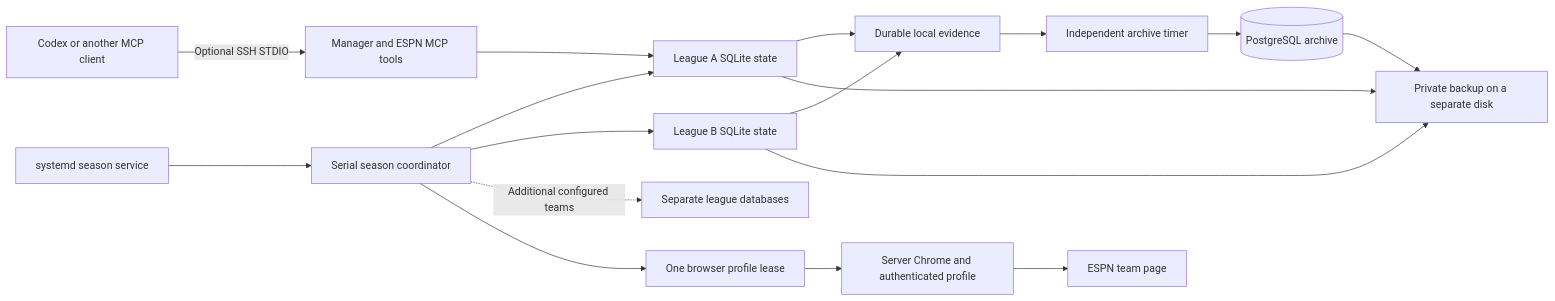
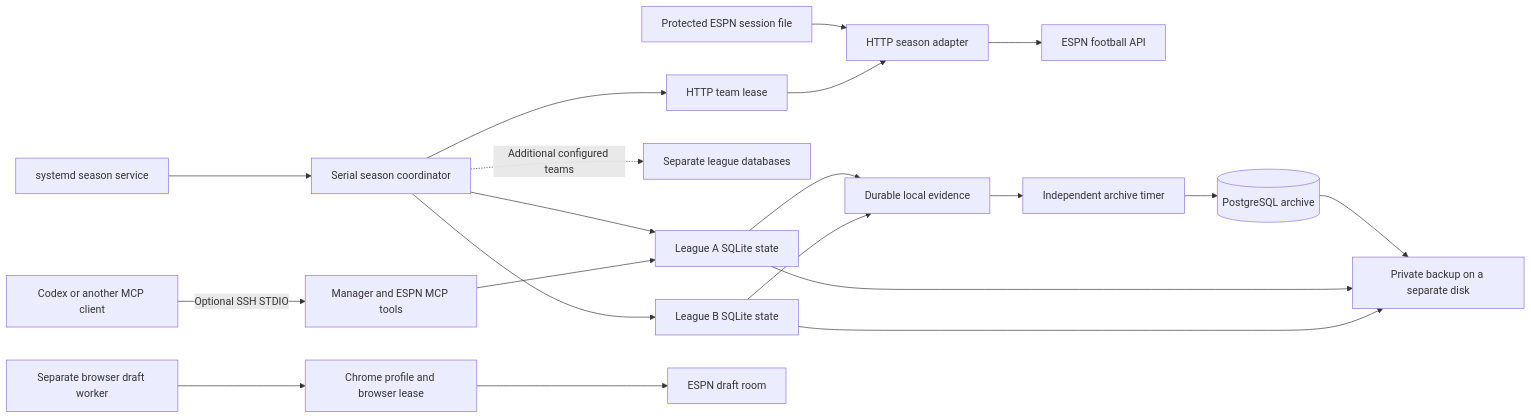
The diagram in docs/SERVER.md (krmisystems/fantasy-football-manager), drawn with Mermaid before and after one commit. The commit also changed other lines of this file and 69 other files, not shown here.

Commit message:
Add browser-free ESPN season automation and incremental archive

````diff
--- a/docs/SERVER.md
+++ b/docs/SERVER.md
@@ -13,19 +16,22 @@
 ```mermaid
 flowchart LR
     Client[Codex or another MCP client] -->|Optional SSH STDIO| MCP[Manager and ESPN MCP tools]
     Timer[systemd season service] --> Coordinator[Serial season coordinator]
     Coordinator --> A[League A SQLite state]
     Coordinator --> B[League B SQLite state]
     Coordinator -. Additional configured teams .-> More[Separate league databases]
-    Coordinator --> Lease[One browser profile lease]
-    Lease --> Browser[Server Chrome and authenticated profile]
-    Browser --> ESPN[ESPN team page]
+    Coordinator --> Lease[HTTP team lease]
+    Session[Protected ESPN session file] --> HTTP[HTTP season adapter]
+    Lease --> HTTP
+    HTTP --> ESPN[ESPN football API]
+    Draft[Separate browser draft worker] --> Browser[Chrome profile and browser lease]
+    Browser --> DraftRoom[ESPN draft room]
     MCP --> A
     A --> Outbox[Durable local evidence]
     B --> Outbox
     Outbox --> Sync[Independent archive timer]
     Sync --> PG[(PostgreSQL archive)]
     PG --> Backup[Private backup on a separate disk]
     A --> Backup
     B --> Backup
 ```
````
